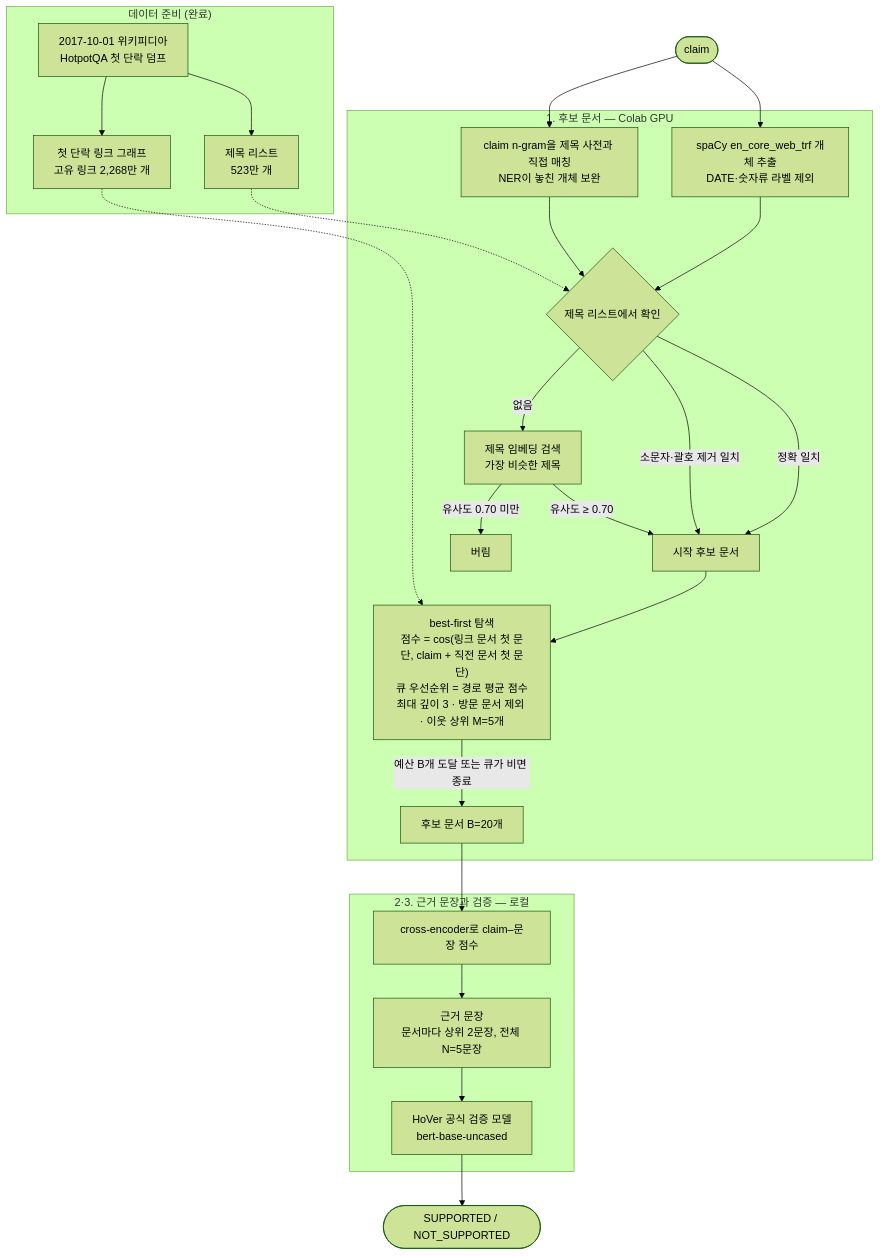
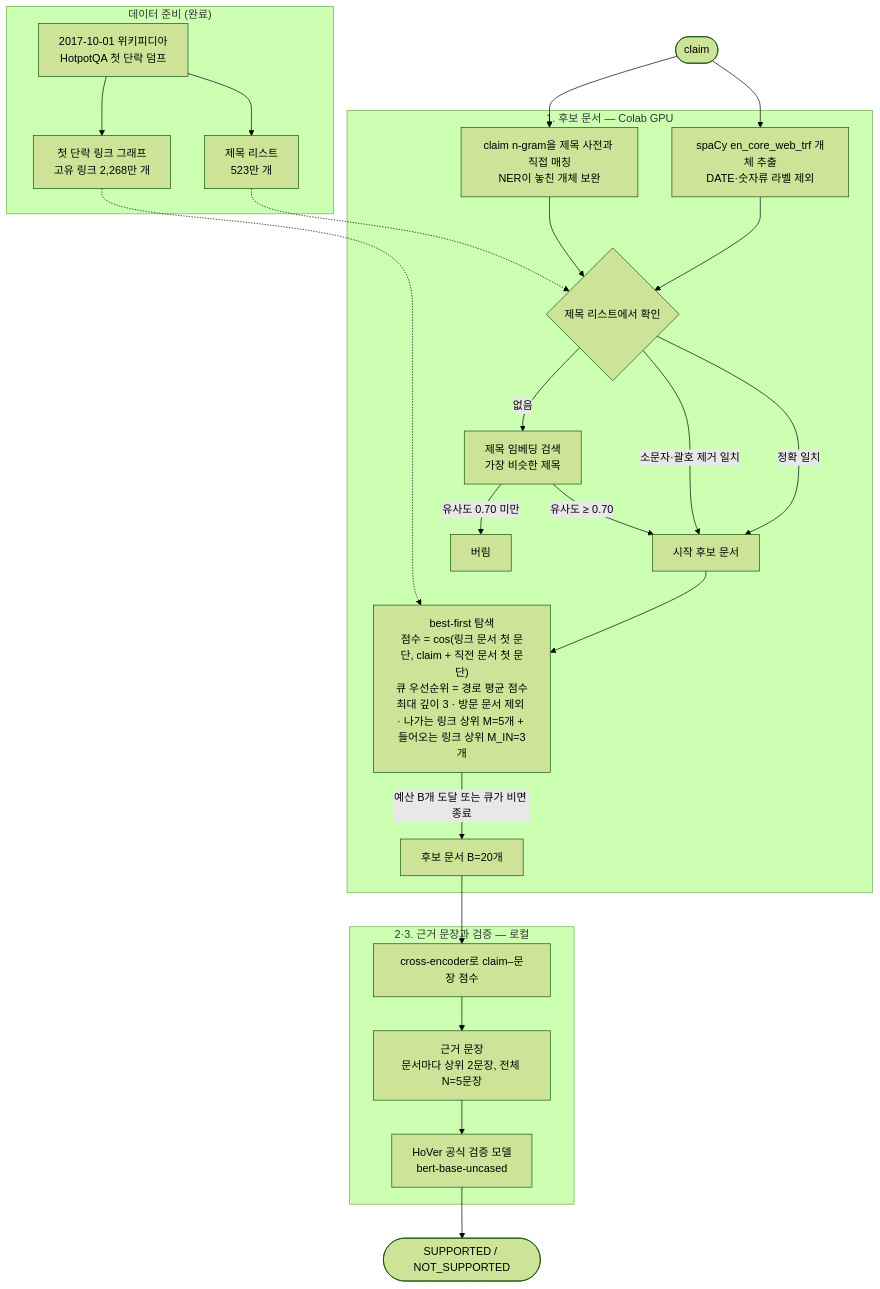
One commit to poohgajoah/hover-wiki-graph changed the first of 2 diagrams in README.md. Above: the diagram before and after it, drawn with Mermaid (forest theme). The commit also changed other lines of this file and 7 other files, not shown here.

First line of the commit message:
Follow incoming links in graph search and drop the Stanford dependency

````diff
--- a/README.md
+++ b/README.md
@@ -56,42 +56,42 @@
 ```mermaid
 flowchart TD
     subgraph PREP["데이터 준비 (완료)"]
         WIKI["2017-10-01 위키피디아<br/>HotpotQA 첫 단락 덤프"] --> TITLES["제목 리스트<br/>523만 개"]
         WIKI --> GRAPH["첫 단락 링크 그래프<br/>고유 링크 2,268만 개"]
     end
 
     CLAIM(["claim"])
 
     subgraph COLAB["1. 후보 문서 — Colab GPU"]
         NER["spaCy en_core_web_trf 개체 추출<br/>DATE·숫자류 라벨 제외"]
         NGRAM["claim n-gram을 제목 사전과 직접 매칭<br/>NER이 놓친 개체 보완"]
         CHECK{"제목 리스트에서 확인"}
         EMB["제목 임베딩 검색<br/>가장 비슷한 제목"]
         DROP["버림"]
         SEED["시작 후보 문서"]
-        BFS["best-first 탐색<br/>점수 = cos(링크 문서 첫 문단, claim + 직전 문서 첫 문단)<br/>큐 우선순위 = 경로 평균 점수<br/>최대 깊이 3 · 방문 문서 제외 · 이웃 상위 M=5개"]
+        BFS["best-first 탐색<br/>점수 = cos(링크 문서 첫 문단, claim + 직전 문서 첫 문단)<br/>큐 우선순위 = 경로 평균 점수<br/>최대 깊이 3 · 방문 문서 제외 · 나가는 링크 상위 M=5개 + 들어오는 링크 상위 M_IN=3개"]
         DOCS["후보 문서 B=20개"]
     end
 
     subgraph LOCAL["2·3. 근거 문장과 검증 — 로컬"]
         CE["cross-encoder로 claim–문장 점수"]
         EVID["근거 문장<br/>문서마다 상위 2문장, 전체 N=5문장"]
         VER["HoVer 공식 검증 모델<br/>bert-base-uncased"]
     end
 
     LABEL(["SUPPORTED / NOT_SUPPORTED"])
 
     CLAIM --> NER & NGRAM
     TITLES -.-> CHECK
     NER --> CHECK
     NGRAM --> CHECK
     CHECK -->|"정확 일치"| SEED
     CHECK -->|"소문자·괄호 제거 일치"| SEED
     CHECK -->|"없음"| EMB
     EMB -->|"유사도 ≥ 0.70"| SEED
     EMB -->|"유사도 0.70 미만"| DROP
     SEED --> BFS
     GRAPH -.-> BFS
     BFS -->|"예산 B개 도달 또는 큐가 비면 종료"| DOCS
     DOCS --> CE --> EVID --> VER --> LABEL
 ```
````
